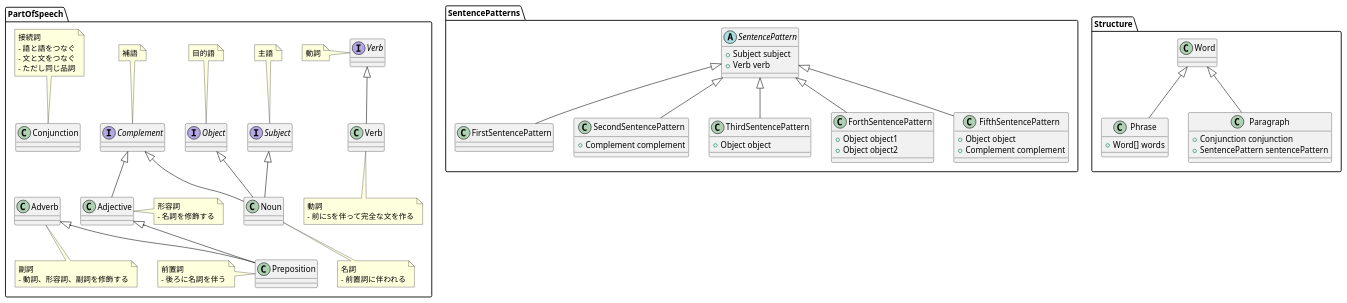
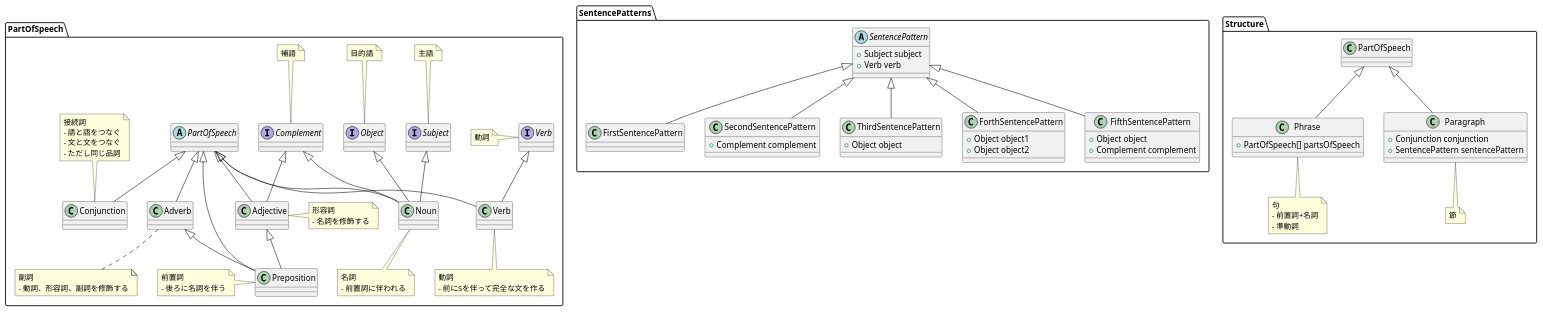
One commit to JHashimoto0518/structure-of-english changed the diagram in docs/diagrams/src/class_diagram.pu. Above: the diagram before and after it, drawn with PlantUML.

Commit message:
refactor

```diff
--- a/docs/diagrams/src/class_diagram.pu
+++ b/docs/diagrams/src/class_diagram.pu
@@ -1,103 +1,115 @@
 @startuml Structure of English
 
 package PartOfSpeech {
     interface Subject
     note top : 主語
 
     interface "Verb" as IVerb
     note left : 動詞
 
     interface Object
     note top : 目的語
 
     interface Complement
     note top : 補語
 
+    abstract class PartOfSpeech {
+    }
+
+    '名詞
     class Noun {
     }
     note bottom : 名詞\n- 前置詞に伴われる
-
+    PartOfSpeech <|-- Noun
     Subject <|-- Noun
     Object <|-- Noun
     Complement <|-- Noun
 
+    '動詞
     class Verb {
 
     }
     note bottom : 動詞\n- 前にSを伴って完全な文を作る
+    PartOfSpeech <|-- Verb
     IVerb <|-- Verb
 
+    '形容詞
     class Adjective {
 
     }
     note right : 形容詞\n- 名詞を修飾する
     Complement <|-- Adjective
+    PartOfSpeech <|-- Adjective
 
+    '副詞
     class Adverb {
 
     }
     note bottom : 副詞\n- 動詞、形容詞、副詞を修飾する
+    PartOfSpeech <|-- Adverb
 
+    '前置詞
     class Preposition {
 
     }
     note left : 前置詞\n- 後ろに名詞を伴う
+    PartOfSpeech <|-- Preposition
     Adjective <|-- Preposition
     Adverb <|-- Preposition
 
+    '接続詞
     class Conjunction {
 
     }
     note top : 接続詞\n- 語と語をつなぐ\n- 文と文をつなぐ\n- ただし同じ品詞
+    PartOfSpeech <|-- Conjunction
 }
 
 package SentencePatterns {
     abstract class SentencePattern {
         + Subject subject
         + Verb verb
     }
 
     class FirstSentencePattern {
     }
     SentencePattern <|-- FirstSentencePattern
 
     class SecondSentencePattern {
         + Complement complement
     }
     SentencePattern <|-- SecondSentencePattern
 
     class ThirdSentencePattern {
         + Object object
     }
     SentencePattern <|-- ThirdSentencePattern
 
     class ForthSentencePattern {
         + Object object1
         + Object object2
     }
     SentencePattern <|-- ForthSentencePattern
 
     class FifthSentencePattern {
         + Object object
         + Complement complement
     }
     SentencePattern <|-- FifthSentencePattern
 }
 
 package Structure {
-    class Word {
-
+    class Phrase {
+        + PartOfSpeech[] partsOfSpeech
     }
-
-    class Phrase {
-        + Word[] words
-    }
-    Word <|-- Phrase
+    note bottom : 句\n- 前置詞+名詞\n- 準動詞
+    PartOfSpeech <|-- Phrase
 
     class Paragraph {
         + Conjunction conjunction
         + SentencePattern sentencePattern
     }
-    Word <|-- Paragraph
+    note bottom : 節
+    PartOfSpeech <|-- Paragraph
 }
 @enduml
```
